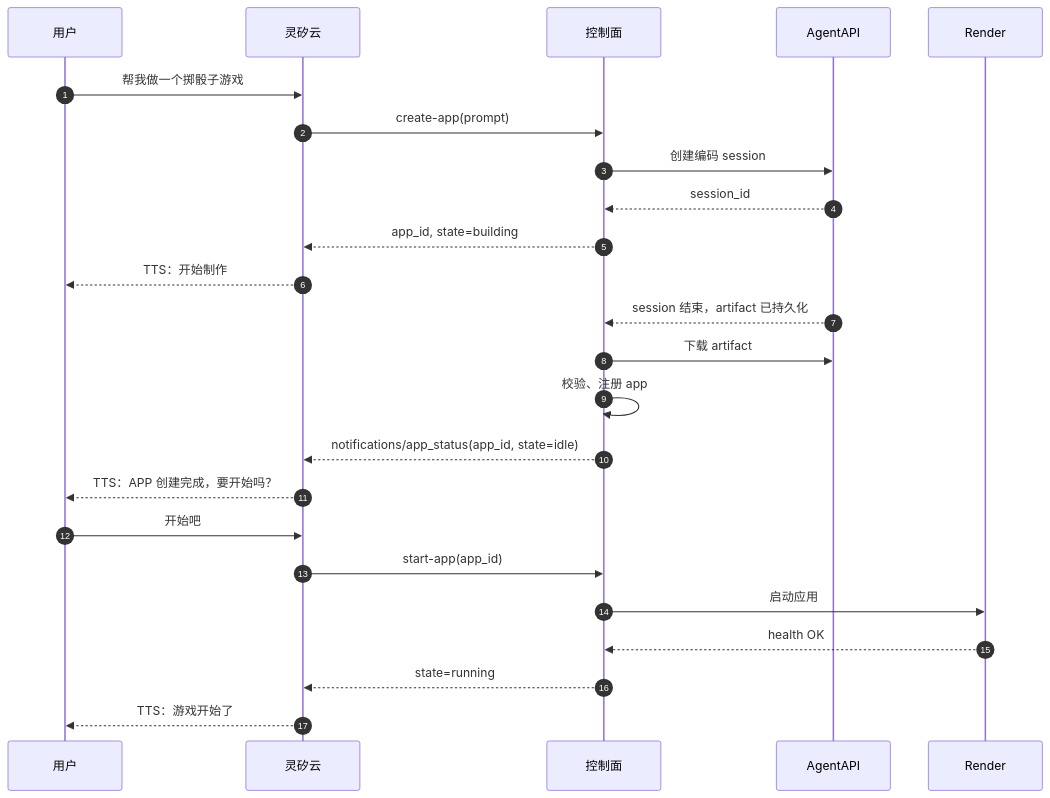
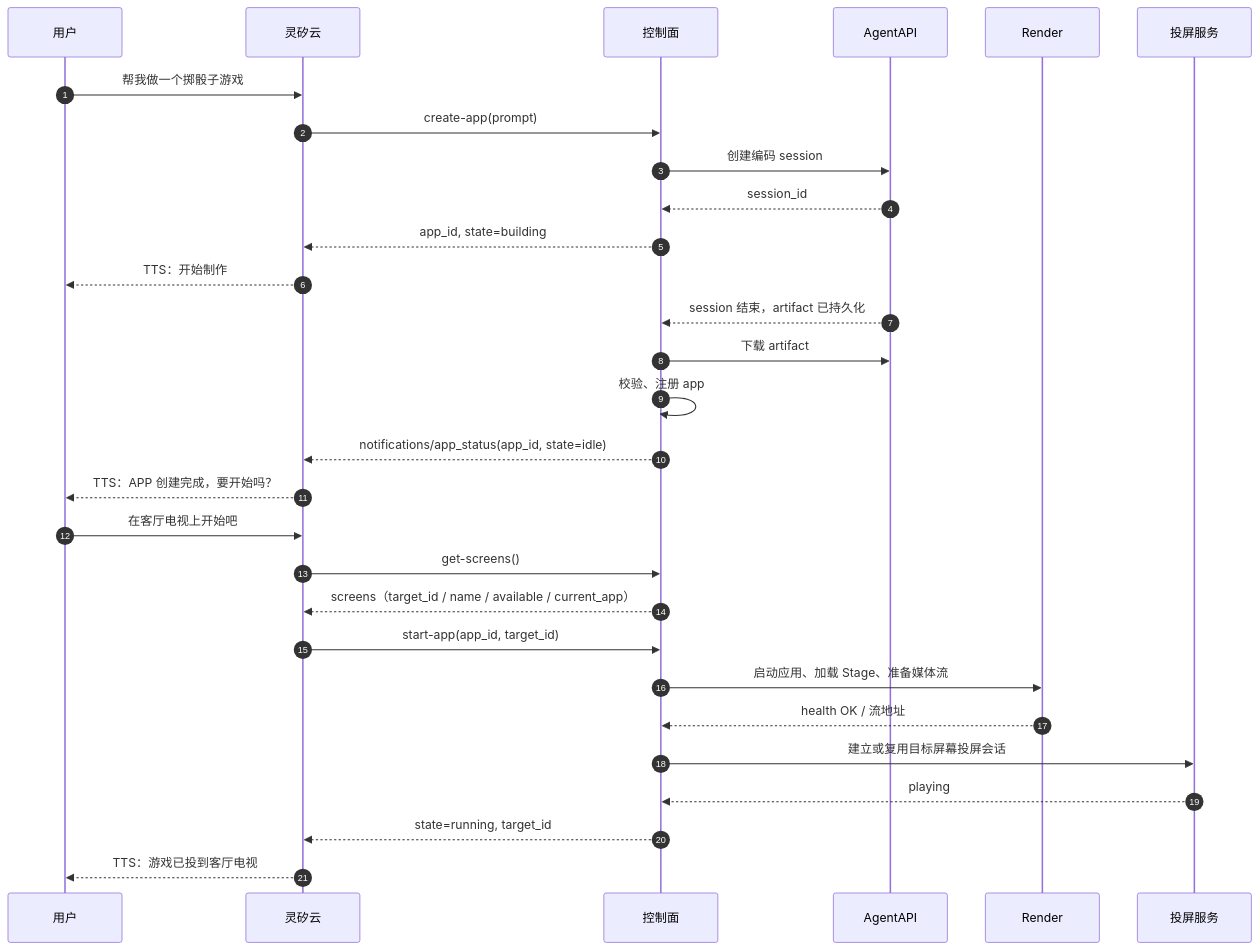
The second of 2 diagrams in docs/architecture.md (open-anywhere/open-anywhere), drawn with Mermaid before and after one commit. The commit also changed other lines of this file, not shown here.

Commit message:
docs: bind app lifecycle to target screen

````diff
--- a/docs/architecture.md
+++ b/docs/architecture.md
@@ -362,29 +396,34 @@
 ```mermaid
 sequenceDiagram
   autonumber
   participant U as 用户
   participant L as 灵矽云
   participant C as 控制面
   participant A as AgentAPI
   participant R as Render
+  participant P as 投屏服务
 
   U->>L: 帮我做一个掷骰子游戏
   L->>C: create-app(prompt)
   C->>A: 创建编码 session
   A-->>C: session_id
   C-->>L: app_id, state=building
   L-->>U: TTS：开始制作
 
   A-->>C: session 结束，artifact 已持久化
   C->>A: 下载 artifact
   C->>C: 校验、注册 app
   C-->>L: notifications/app_status(app_id, state=idle)
   L-->>U: TTS：APP 创建完成，要开始吗？
 
-  U->>L: 开始吧
-  L->>C: start-app(app_id)
-  C->>R: 启动应用
-  R-->>C: health OK
-  C-->>L: state=running
-  L-->>U: TTS：游戏开始了
+  U->>L: 在客厅电视上开始吧
+  L->>C: get-screens()
+  C-->>L: screens（target_id / name / available / current_app）
+  L->>C: start-app(app_id, target_id)
+  C->>R: 启动应用、加载 Stage、准备媒体流
+  R-->>C: health OK / 流地址
+  C->>P: 建立或复用目标屏幕投屏会话
+  P-->>C: playing
+  C-->>L: state=running, target_id
+  L-->>U: TTS：游戏已投到客厅电视
 ```
````
